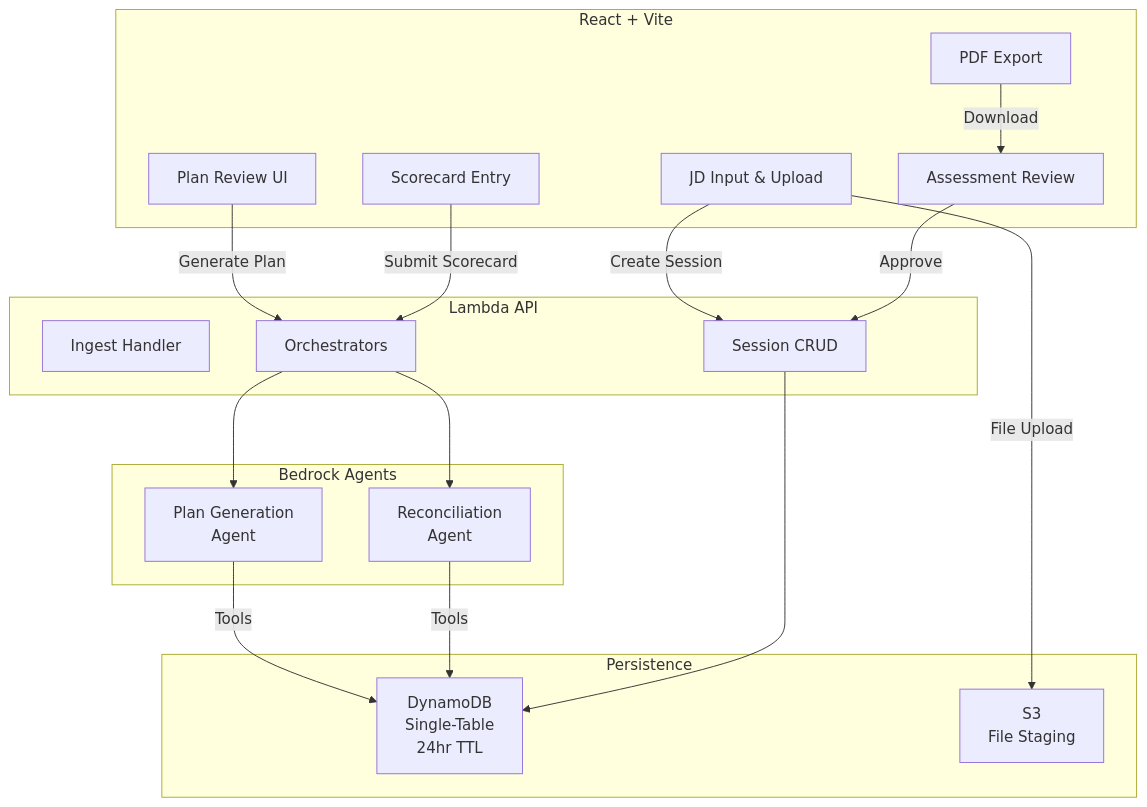
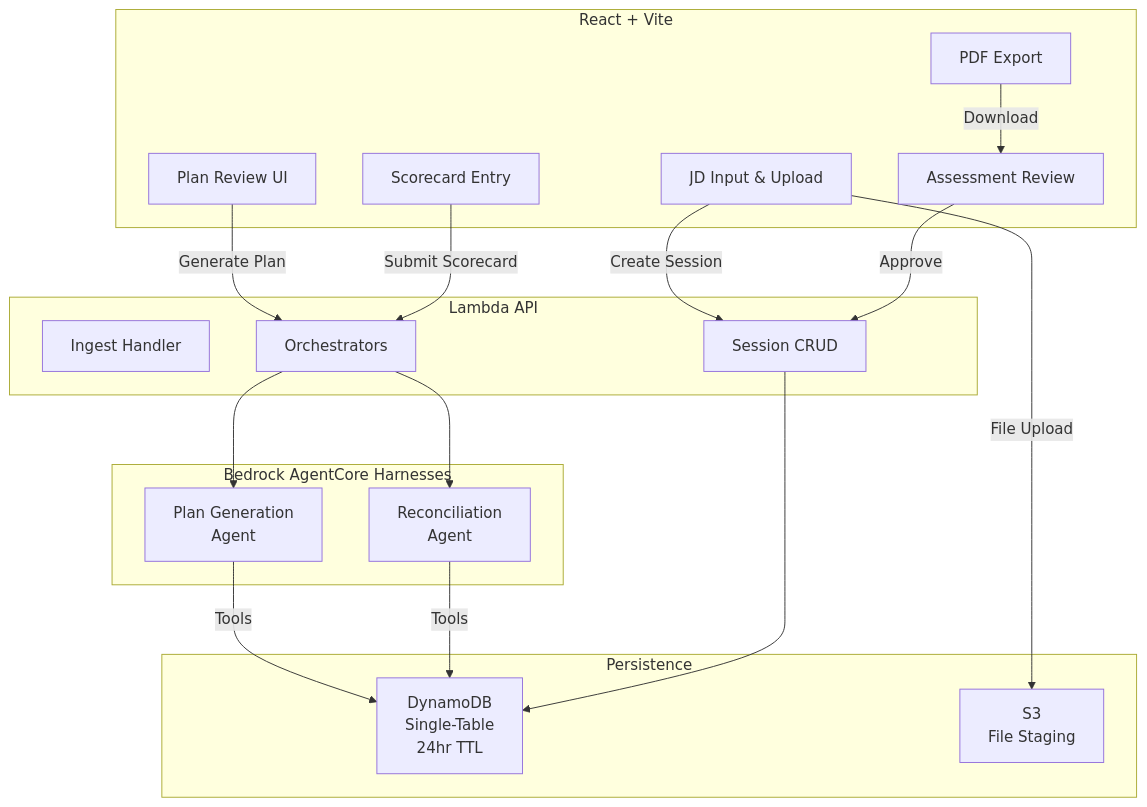
The diagram in README.md (mwarman/interview-forge), drawn with Mermaid before and after one commit. The commit also changed other lines of this file and 321 other files, not shown here.

First line of the commit message:
Migrate to Amazon Bedrock AgentCore (#113)

````diff
--- a/README.md
+++ b/README.md
@@ -55,38 +55,38 @@
 ```mermaid
 flowchart TD
     subgraph Frontend["React + Vite"]
         A["JD Input & Upload"]
         B["Plan Review UI"]
         C["Scorecard Entry"]
         D["Assessment Review"]
         E["PDF Export"]
     end
 
     subgraph API["Lambda API"]
         L1["Ingest Handler"]
         L2["Session CRUD"]
         L3["Orchestrators"]
     end
 
-    subgraph Agents["Bedrock Agents"]
+    subgraph Agents["Bedrock AgentCore Harnesses"]
         AG1["Plan Generation\nAgent"]
         AG2["Reconciliation\nAgent"]
     end
 
     subgraph Data["Persistence"]
         DB["DynamoDB\nSingle-Table\n24hr TTL"]
         S3["S3\nFile Staging"]
     end
 
     A -->|File Upload| S3
     A -->|Create Session| L2
     B -->|Generate Plan| L3
     L3 --> AG1
     AG1 -->|Tools| DB
     C -->|Submit Scorecard| L3
     L3 --> AG2
     AG2 -->|Tools| DB
     D -->|Approve| L2
     E -->|Download| D
     L2 --> DB
 ```
````
